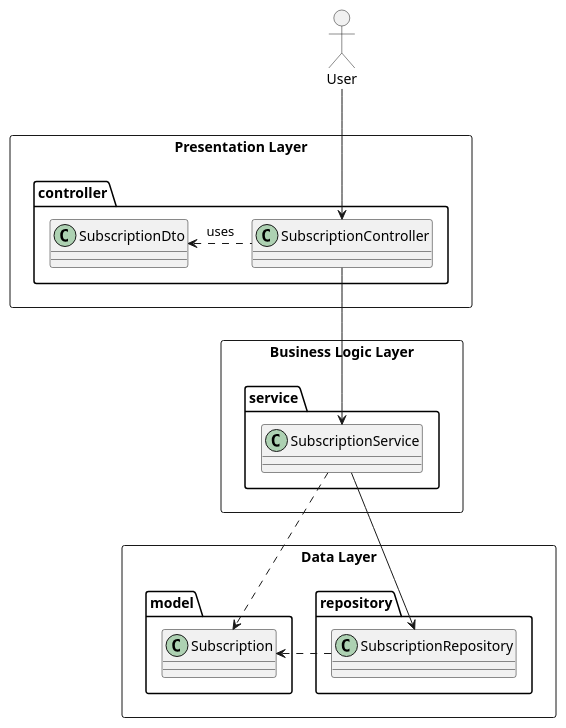
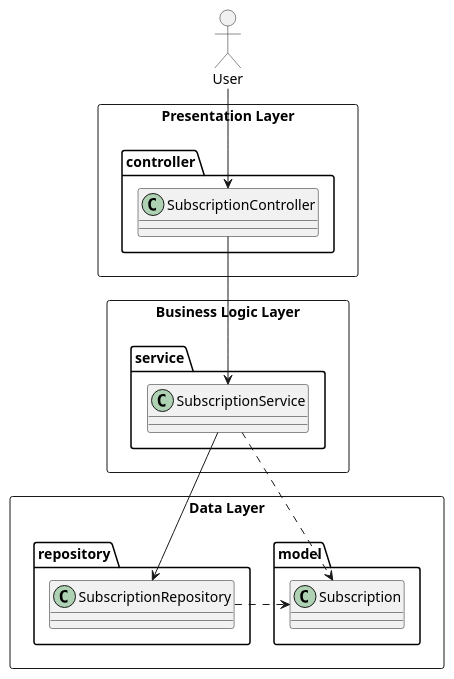
One commit to abchau/architecture-by-examples changed the diagram in 3-tier/docs/diagrams/3-tier-class.puml. Above: the diagram before and after it, drawn with PlantUML. The commit also changed 115 other files, not shown here.

```diff
--- a/3-tier/docs/diagrams/3-tier-class.puml
+++ b/3-tier/docs/diagrams/3-tier-class.puml
@@ -1,37 +1,35 @@
 @startuml
 allowmixing
 
 rectangle "Presentation Layer" {
 	package controller {
 		class SubscriptionController
-		class SubscriptionDto
 	}
 }
 
 rectangle "Business Logic Layer" {
 	package service {
 		class SubscriptionService
 	}
 }
 
 rectangle "Data Layer" {
 	package model {
 		class Subscription
 	}
 
 	package repository {
 		class SubscriptionRepository
 	}
 }
 
 actor User
 
 User -down-> SubscriptionController
-SubscriptionController .left.> SubscriptionDto: uses
 SubscriptionController -down-> SubscriptionService
 SubscriptionService -down-> SubscriptionRepository
 
 SubscriptionService .down.> Subscription
 SubscriptionRepository .left.> Subscription
 
 @enduml
```
